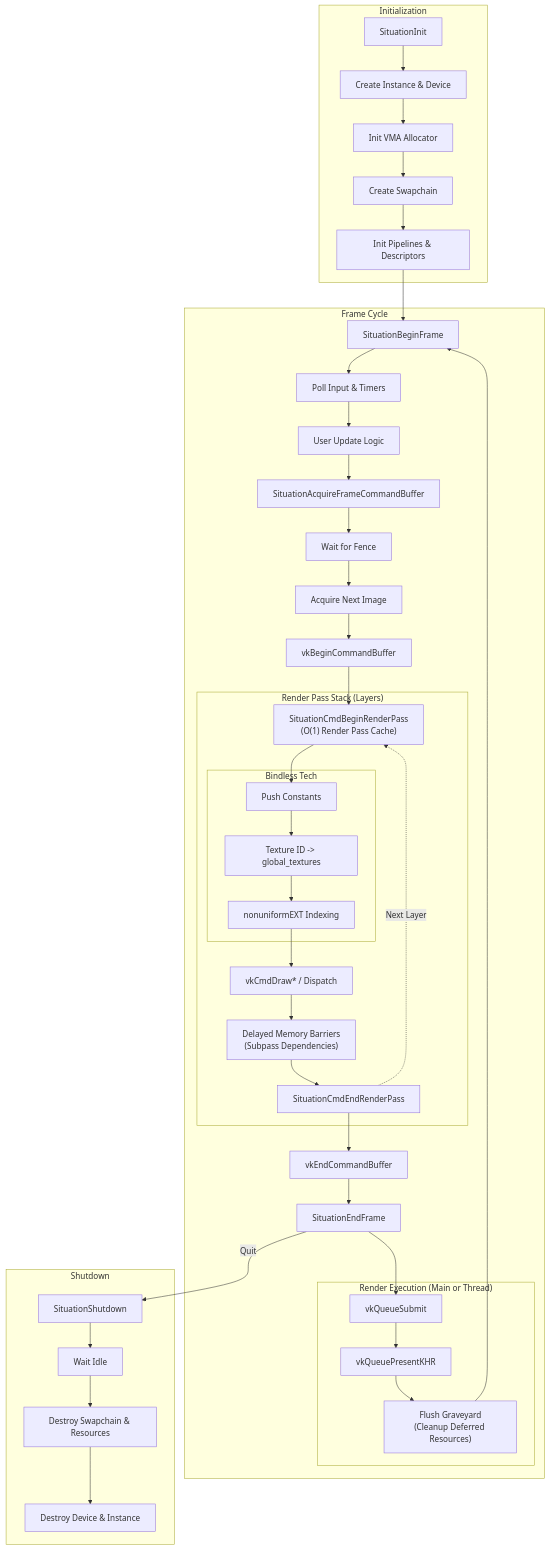
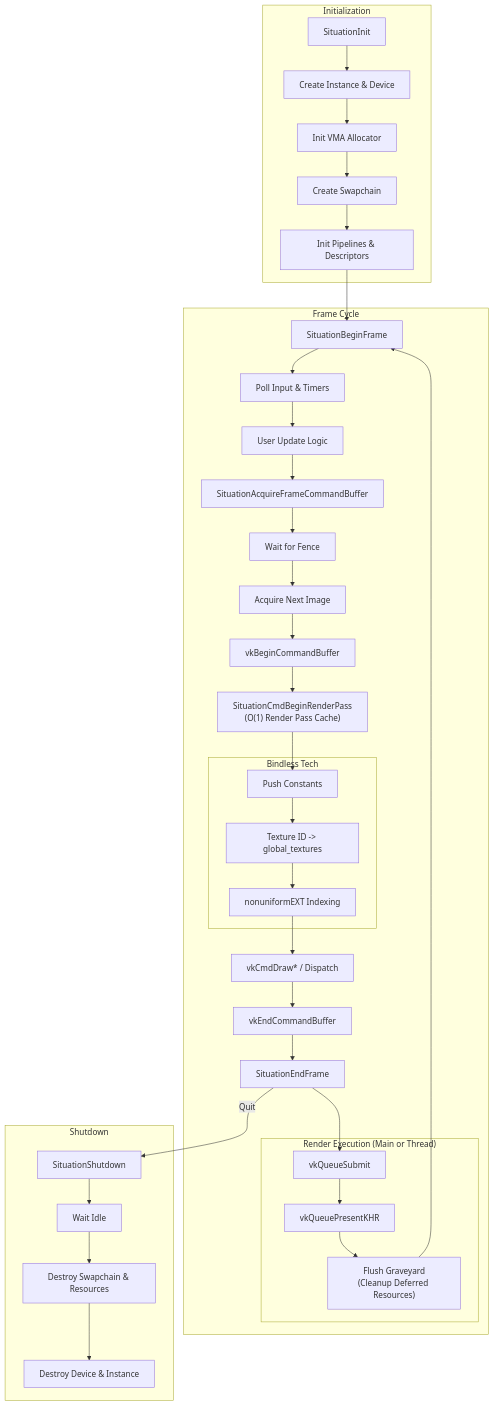
One commit to jmorel33/situation changed the third of 3 diagrams in README.md. Above: the diagram before and after it, drawn with Mermaid. The commit also changed other lines of this file, not shown here.

````diff
--- a/README.md
+++ b/README.md
@@ -335,66 +321,55 @@
 ```mermaid
 graph TD
     subgraph Init ["Initialization"]
         I1["SituationInit"]
         I2["Create Instance & Device"]
         I3["Init VMA Allocator"]
         I4["Create Swapchain"]
         I5["Init Pipelines & Descriptors"]
     end
 
     subgraph Loop ["Frame Cycle"]
         L1["SituationBeginFrame"]
         L2["Poll Input & Timers"]
         L3["User Update Logic"]
         L4["SituationAcquireFrameCommandBuffer"]
         L4a["Wait for Fence"]
         L4b["Acquire Next Image"]
         L4c["vkBeginCommandBuffer"]
+        L5["SituationCmdBeginRenderPass\n(O(1) Render Pass Cache)"]
 
-        subgraph RenderStack ["Render Pass Stack (Layers)"]
-            L5["SituationCmdBeginRenderPass\n(O(1) Render Pass Cache)"]
-
-            subgraph Bindless ["Bindless Tech"]
-                B1["Push Constants"]
-                B2["Texture ID -> global_textures"]
-                B3["nonuniformEXT Indexing"]
-            end
-
-            L5 --> B1 --> B2 --> B3 --> L6
-
-            L6["vkCmdDraw* / Dispatch"]
-            L6b["Delayed Memory Barriers<br/>(Subpass Dependencies)"]
-            L6c["SituationCmdEndRenderPass"]
-
-            L6 --> L6b --> L6c
-            L6c -. "Next Layer" .-> L5
+        subgraph Bindless ["Bindless Tech"]
+            B1["Push Constants"]
+            B2["Texture ID -> global_textures"]
+            B3["nonuniformEXT Indexing"]
         end
 
+        L6["vkCmdDraw* / Dispatch"]
         L7["vkEndCommandBuffer"]
         L8["SituationEndFrame"]
 
         subgraph Render ["Render Execution (Main or Thread)"]
             S1["vkQueueSubmit"]
             S2["vkQueuePresentKHR"]
             S3["Flush Graveyard<br/>(Cleanup Deferred Resources)"]
         end
     end
 
     subgraph Exit ["Shutdown"]
         E1["SituationShutdown"]
         E2["Wait Idle"]
         E3["Destroy Swapchain & Resources"]
         E4["Destroy Device & Instance"]
     end
 
     %% Flow
     I1 --> I2 --> I3 --> I4 --> I5 --> L1
     L1 --> L2 --> L3 --> L4
     L4 --> L4a --> L4b --> L4c --> L5
-    L6c --> L7
-    L7 --> L8
+    L5 --> B1 --> B2 --> B3 --> L6
+    L6 --> L7 --> L8
     L8 --> S1 --> S2 --> S3
     S3 --> L1
     L8 -- "Quit" --> E1
     E1 --> E2 --> E3 --> E4
 ```
````
